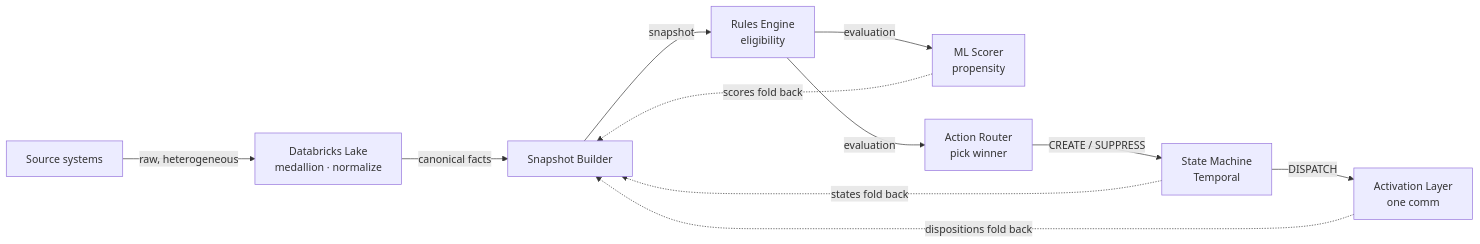
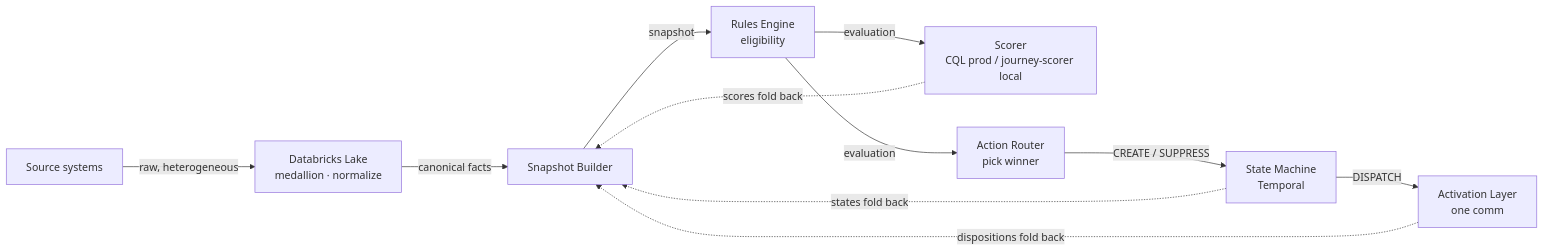
One commit to joshuadmatthews/nba-poc changed the diagram in nba/docs/00-overview.md. Above: the diagram before and after it, drawn with Mermaid. The commit also changed other lines of this file and 14 other files, not shown here.

````diff
--- a/nba/docs/00-overview.md
+++ b/nba/docs/00-overview.md
@@ -13,13 +13,13 @@
 ```mermaid
 flowchart LR
     SRC[Source systems] -->|raw, heterogeneous| LAKE[Databricks Lake<br/>medallion · normalize]
     LAKE -->|canonical facts| SNAP[Snapshot Builder]
     SNAP -->|snapshot| RULES[Rules Engine<br/>eligibility]
-    RULES -->|evaluation| ML[ML Scorer<br/>propensity]
+    RULES -->|evaluation| ML[Scorer<br/>CQL prod / journey-scorer local]
     RULES -->|evaluation| ROUTER[Action Router<br/>pick winner]
     ML -.->|scores fold back| SNAP
     ROUTER -->|CREATE / SUPPRESS| SM[State Machine<br/>Temporal]
     SM -->|DISPATCH| ACT[Activation Layer<br/>one comm]
     ACT -.->|dispositions fold back| SNAP
     SM -.->|states fold back| SNAP
 ```
````
